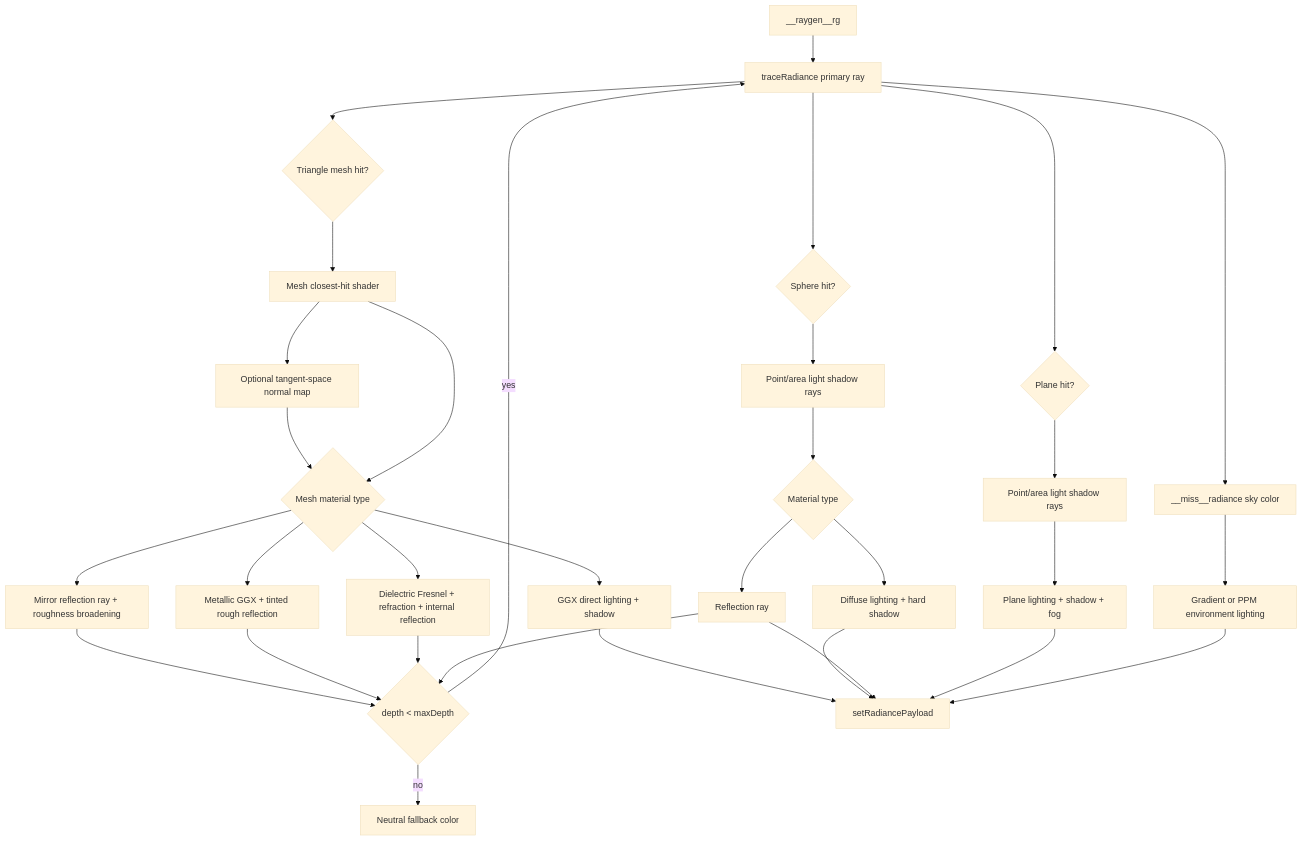
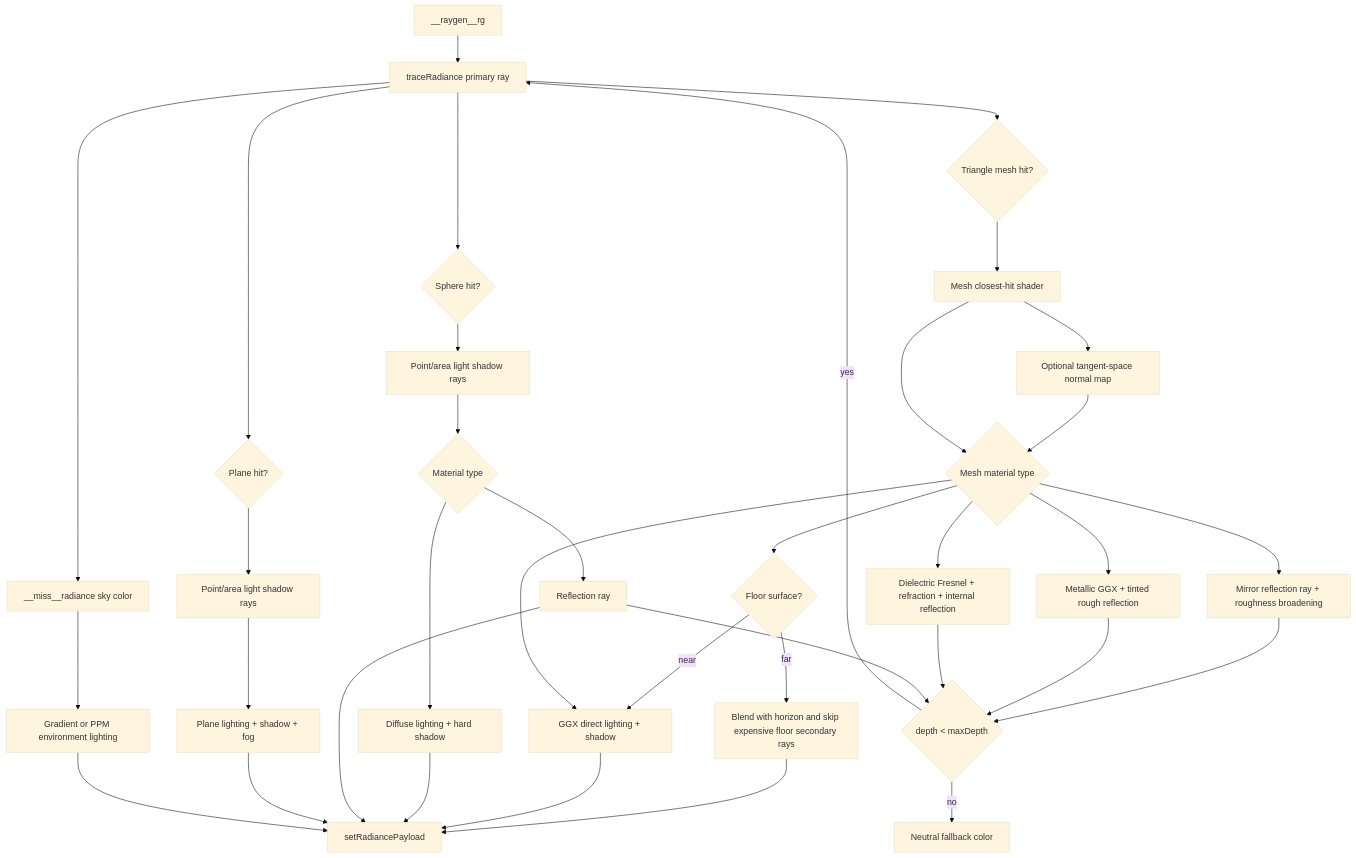
One commit to Tundraws/RayTracer changed the third of 4 diagrams in RayTracerRTX/docs/architecture.md. Above: the diagram before and after it, drawn with Mermaid (base theme). The commit also changed other lines of this file and 12 other files, not shown here.

Commit message:
feat: add distant floor fade

````diff
--- a/RayTracerRTX/docs/architecture.md
+++ b/RayTracerRTX/docs/architecture.md
@@ -113,34 +113,38 @@
 ```mermaid
 flowchart TD
     RG["__raygen__rg"] --> Primary["traceRadiance primary ray"]
     Primary --> HitSphere{"Sphere hit?"}
     Primary --> HitMesh{"Triangle mesh hit?"}
     Primary --> HitPlane{"Plane hit?"}
     Primary --> Miss["__miss__radiance sky color"]
     Miss --> Environment["Gradient or PPM environment lighting"]
     HitSphere --> Shadow["Point/area light shadow rays"]
     HitMesh --> MeshClosestHit["Mesh closest-hit shader"]
     MeshClosestHit --> NormalMap["Optional tangent-space normal map"]
     NormalMap --> MeshMaterial
     MeshClosestHit --> MeshMaterial{"Mesh material type"}
+    MeshMaterial --> FloorFade{"Floor surface?"}
+    FloorFade -->|near| MeshDiffuse["GGX direct lighting + shadow"]
+    FloorFade -->|far| HorizonBlend["Blend with horizon and skip expensive floor secondary rays"]
+    HorizonBlend --> Output
     MeshMaterial --> MeshDiffuse["GGX direct lighting + shadow"]
     MeshMaterial --> MeshMirror["Mirror reflection ray + roughness broadening"]
     MeshMaterial --> MeshMetal["Metallic GGX + tinted rough reflection"]
     MeshMaterial --> MeshGlass["Dielectric Fresnel + refraction + internal reflection"]
     MeshMirror --> Depth
     MeshMetal --> Depth
     MeshGlass --> Depth
     MeshDiffuse --> Output
     Shadow --> Material{"Material type"}
     Material --> Diffuse["Diffuse lighting + hard shadow"]
     Material --> Mirror["Reflection ray"]
     Mirror --> Depth{"depth < maxDepth"}
     Depth -->|yes| Primary
     Depth -->|no| Fallback["Neutral fallback color"]
     HitPlane --> PlaneShadow["Point/area light shadow rays"]
     PlaneShadow --> PlaneLight["Plane lighting + shadow + fog"]
     Diffuse --> Output["setRadiancePayload"]
     Mirror --> Output
     PlaneLight --> Output
     Environment --> Output
 ```
````
